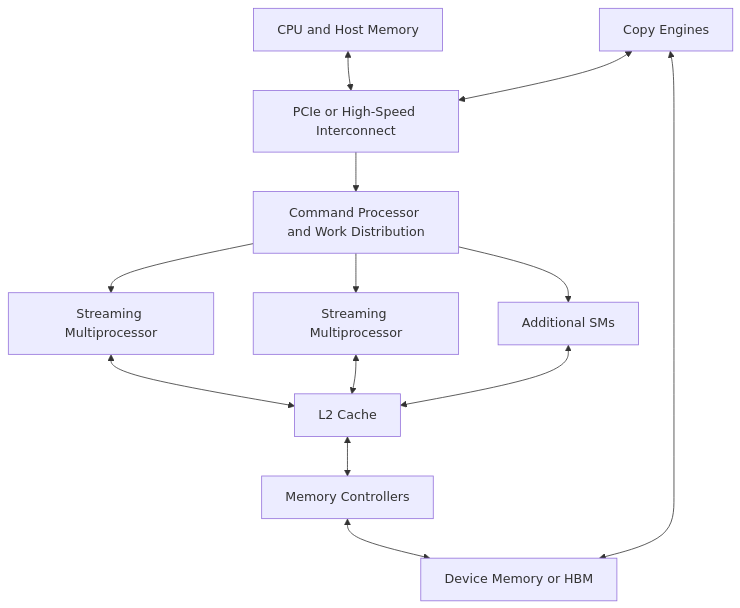
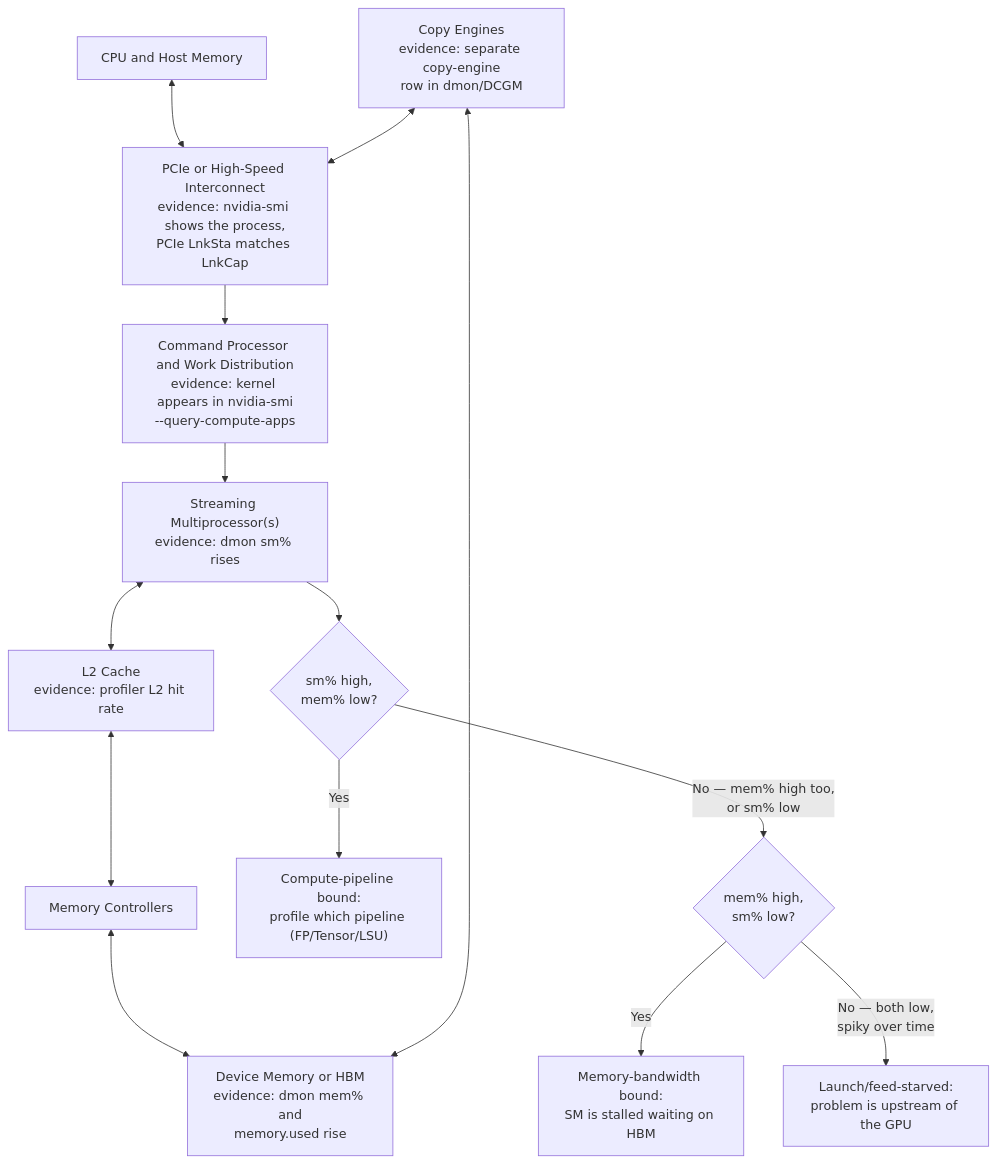
The first of 3 diagrams in docs/nvidia-zero-to-hero/volume-02/chapter-02-inside-a-modern-nvidia-gpu.md (jithinpnjm/nvidia-devops), drawn with Mermaid before and after one commit. The commit also changed other lines of this file and 1 other file, not shown here.

Commit message:
WIP checkpoint: depth rework in progress (ch1-2 touched, NOT verified/built) — session hit rate limit mid-run

````diff
--- a/docs/nvidia-zero-to-hero/volume-02/chapter-02-inside-a-modern-nvidia-gpu.md
+++ b/docs/nvidia-zero-to-hero/volume-02/chapter-02-inside-a-modern-nvidia-gpu.md
@@ -52,25 +52,24 @@
 ```mermaid
 flowchart TD
     Host[CPU and Host Memory]
-    Interconnect[PCIe or High-Speed Interconnect]
-    Frontend[Command Processor and Work Distribution]
-    SM1[Streaming Multiprocessor]
-    SM2[Streaming Multiprocessor]
-    SMN[Additional SMs]
-    L2[L2 Cache]
+    Interconnect["PCIe or High-Speed Interconnect<br/>evidence: nvidia-smi shows the process,<br/>PCIe LnkSta matches LnkCap"]
+    Frontend["Command Processor and Work Distribution<br/>evidence: kernel appears in nvidia-smi<br/>--query-compute-apps"]
+    SM1["Streaming Multiprocessor(s)<br/>evidence: dmon sm% rises"]
+    L2["L2 Cache<br/>evidence: profiler L2 hit rate"]
     Controllers[Memory Controllers]
-    HBM[Device Memory or HBM]
-    Copy[Copy Engines]
+    HBM["Device Memory or HBM<br/>evidence: dmon mem% and<br/>memory.used rise"]
+    Copy["Copy Engines<br/>evidence: separate copy-engine<br/>row in dmon/DCGM"]
 
     Host <--> Interconnect
     Interconnect --> Frontend
     Frontend --> SM1
-    Frontend --> SM2
-    Frontend --> SMN
     SM1 <--> L2
-    SM2 <--> L2
-    SMN <--> L2
     L2 <--> Controllers <--> HBM
     Copy <--> Interconnect
     Copy <--> HBM
+    SM1 --> Diag{"sm% high,<br/>mem% low?"}
+    Diag -->|"Yes"| ComputeBound["Compute-pipeline bound:<br/>profile which pipeline (FP/Tensor/LSU)"]
+    Diag -->|"No — mem% high too,<br/>or sm% low"| Check2{"mem% high,<br/>sm% low?"}
+    Check2 -->|"Yes"| MemBound["Memory-bandwidth bound:<br/>SM is stalled waiting on HBM"]
+    Check2 -->|"No — both low,<br/>spiky over time"| Starved["Launch/feed-starved:<br/>problem is upstream of the GPU"]
 ```
````
